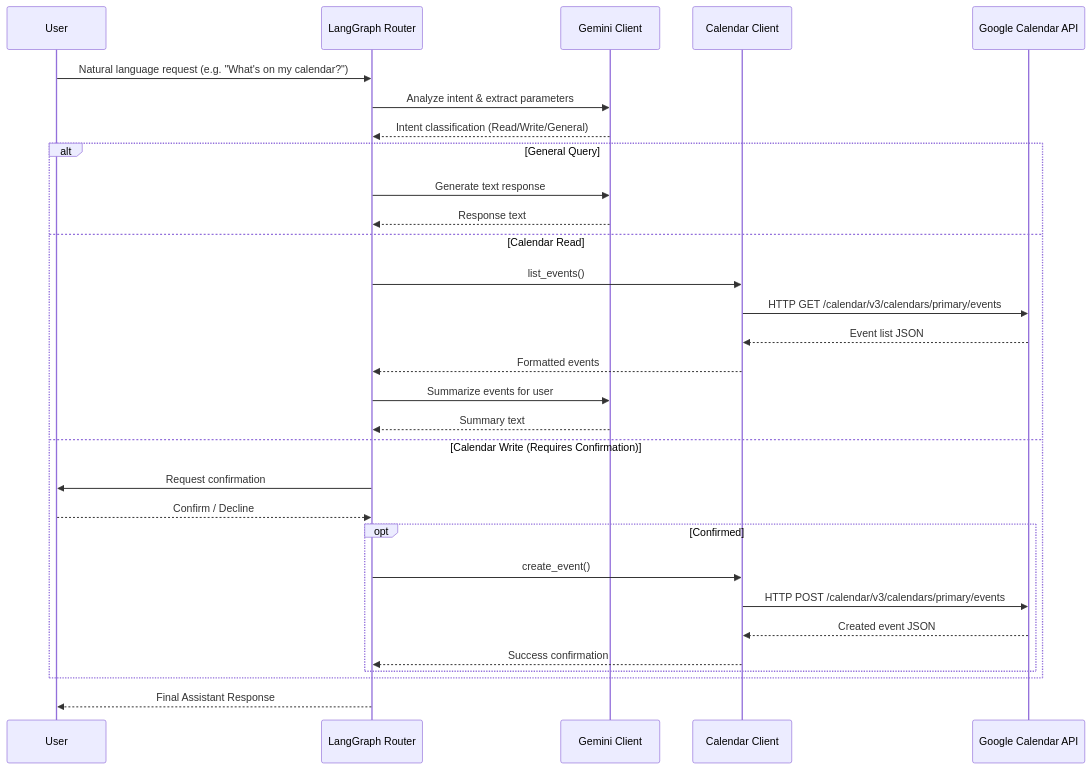
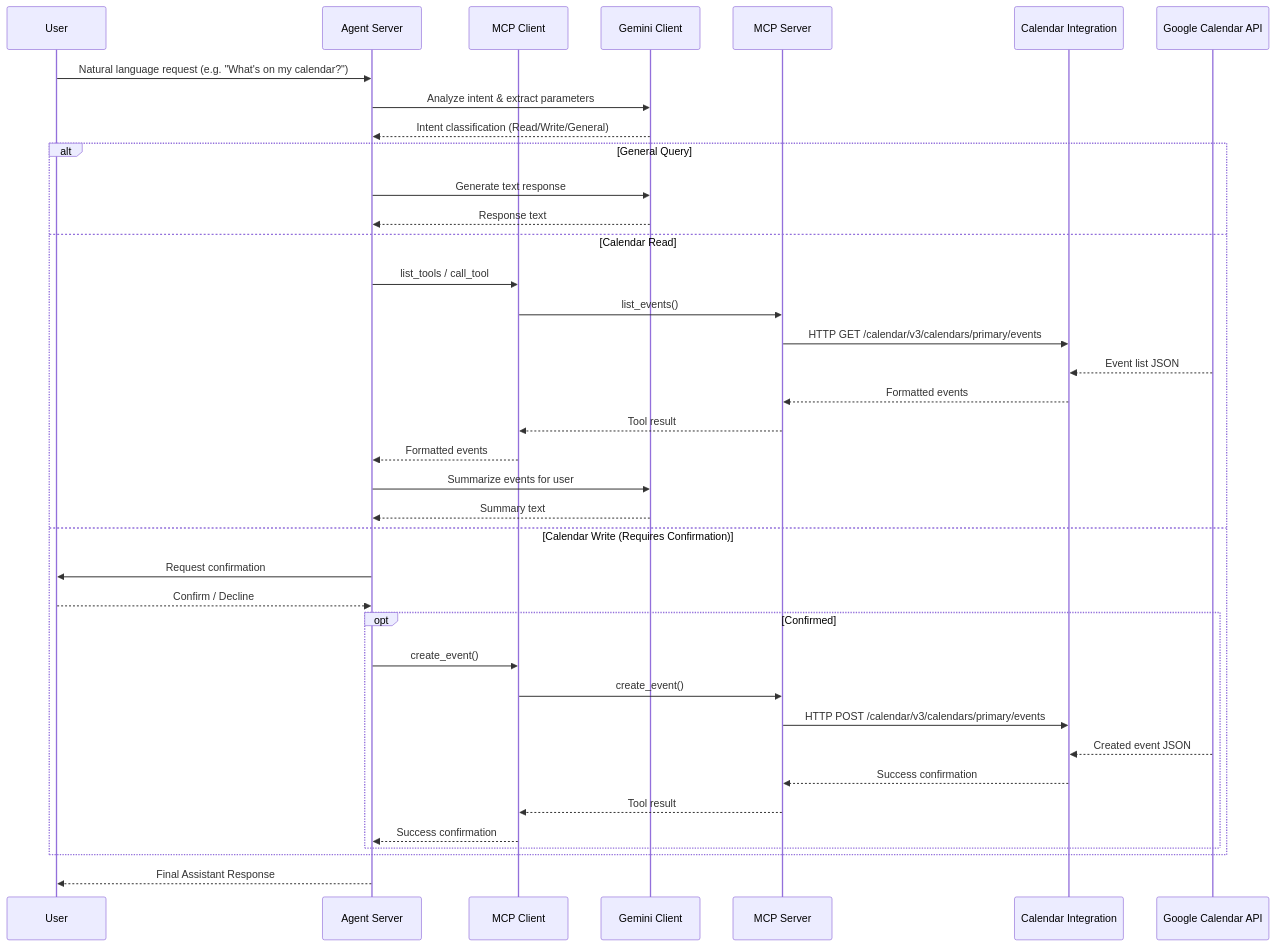
The diagram in docs/architecture/data-flow.md (jessoliveiram/my-agent), drawn with Mermaid before and after one commit. The commit also changed other lines of this file and 56 other files, not shown here.

Commit message:
Refactor MCP architecture and add Compose services

````diff
--- a/docs/architecture/data-flow.md
+++ b/docs/architecture/data-flow.md
@@ -7,35 +7,43 @@
 ```mermaid
 sequenceDiagram
     participant User
-    participant LangGraph as LangGraph Router
+    participant Agent as Agent Server
+    participant MCPClient as MCP Client
     participant Gemini as Gemini Client
-    participant Calendar as Calendar Client
+    participant MCPServer as MCP Server
+    participant Calendar as Calendar Integration
     participant GoogleAPI as Google Calendar API
 
-    User->>LangGraph: Natural language request (e.g. "What's on my calendar?")
-    LangGraph->>Gemini: Analyze intent & extract parameters
-    Gemini-->>LangGraph: Intent classification (Read/Write/General)
+    User->>Agent: Natural language request (e.g. "What's on my calendar?")
+    Agent->>Gemini: Analyze intent & extract parameters
+    Gemini-->>Agent: Intent classification (Read/Write/General)
     
     alt General Query
-        LangGraph->>Gemini: Generate text response
-        Gemini-->>LangGraph: Response text
+        Agent->>Gemini: Generate text response
+        Gemini-->>Agent: Response text
     else Calendar Read
-        LangGraph->>Calendar: list_events()
-        Calendar->>GoogleAPI: HTTP GET /calendar/v3/calendars/primary/events
+        Agent->>MCPClient: list_tools / call_tool
+        MCPClient->>MCPServer: list_events()
+        MCPServer->>Calendar: HTTP GET /calendar/v3/calendars/primary/events
         GoogleAPI-->>Calendar: Event list JSON
-        Calendar-->>LangGraph: Formatted events
-        LangGraph->>Gemini: Summarize events for user
-        Gemini-->>LangGraph: Summary text
+        Calendar-->>MCPServer: Formatted events
+        MCPServer-->>MCPClient: Tool result
+        MCPClient-->>Agent: Formatted events
+        Agent->>Gemini: Summarize events for user
+        Gemini-->>Agent: Summary text
     else Calendar Write (Requires Confirmation)
-        LangGraph->>User: Request confirmation
-        User-->>LangGraph: Confirm / Decline
+        Agent->>User: Request confirmation
+        User-->>Agent: Confirm / Decline
         opt Confirmed
-            LangGraph->>Calendar: create_event()
-            Calendar->>GoogleAPI: HTTP POST /calendar/v3/calendars/primary/events
+            Agent->>MCPClient: create_event()
+            MCPClient->>MCPServer: create_event()
+            MCPServer->>Calendar: HTTP POST /calendar/v3/calendars/primary/events
             GoogleAPI-->>Calendar: Created event JSON
-            Calendar-->>LangGraph: Success confirmation
+            Calendar-->>MCPServer: Success confirmation
+            MCPServer-->>MCPClient: Tool result
+            MCPClient-->>Agent: Success confirmation
         end
     end
 
-    LangGraph-->>User: Final Assistant Response
+    Agent-->>User: Final Assistant Response
 ```
````
